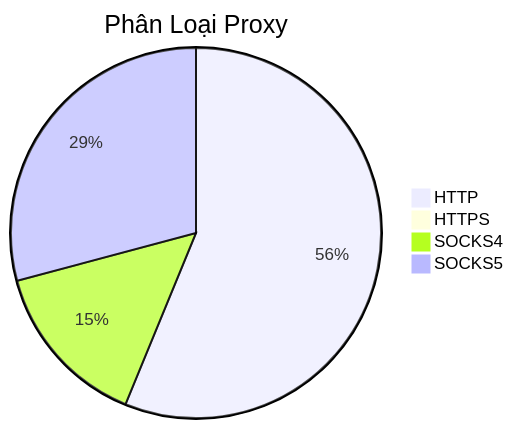
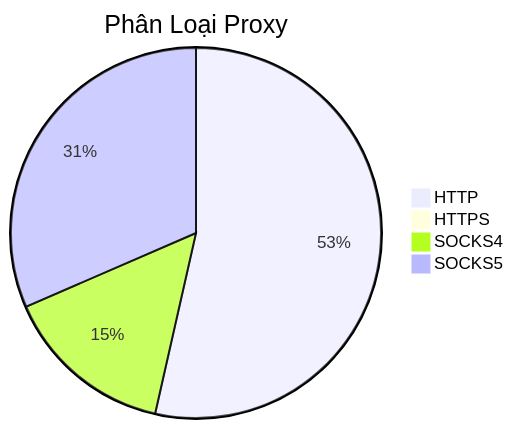
One commit to Ciara-12/PROXY-free changed the diagram in README.md. Above: the diagram before and after it, drawn with Mermaid. The commit also changed other lines of this file and 3 other files, not shown here.

````diff
--- a/README.md
+++ b/README.md
@@ -26,7 +26,7 @@
 ```mermaid
 pie title Phân Loại Proxy
-    "HTTP" : 511
+    "HTTP" : 491
     "HTTPS" : 1
-    "SOCKS4" : 133
-    "SOCKS5" : 265
+    "SOCKS4" : 137
+    "SOCKS5" : 289
 ```
````
